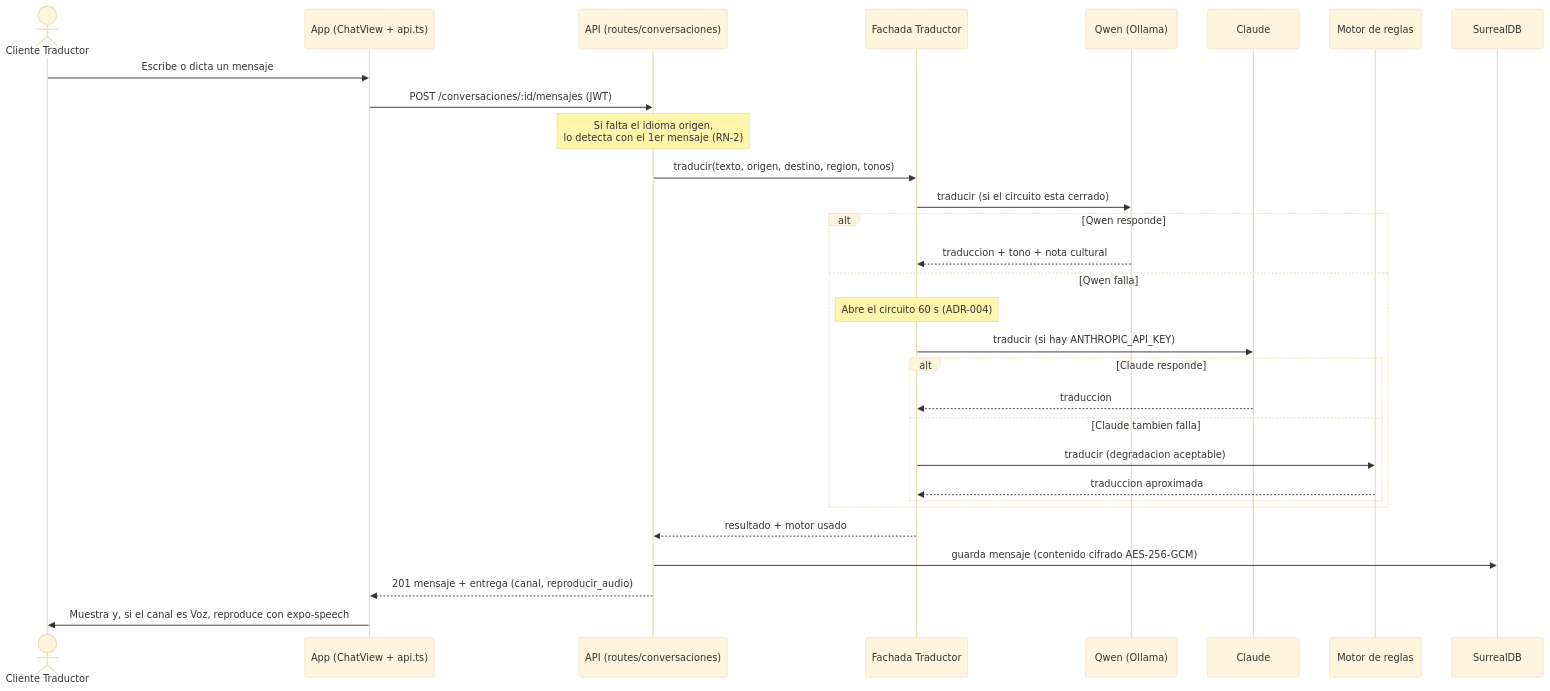
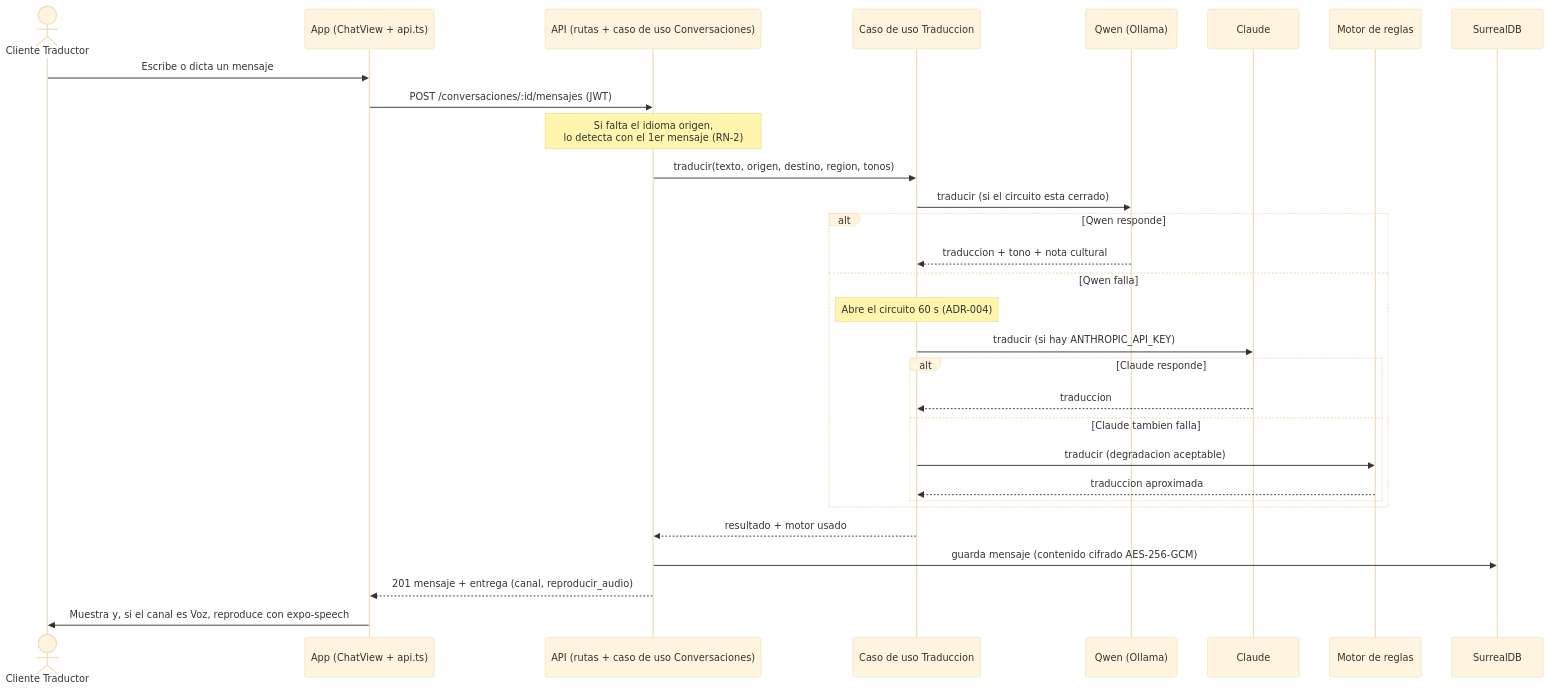
The third of 4 diagrams in arquitectura/arquitectura.md (Dafatalk/talklate), drawn with Mermaid (base theme) before and after one commit. The commit also changed other lines of this file and 64 other files, not shown here.

````diff
--- a/arquitectura/arquitectura.md
+++ b/arquitectura/arquitectura.md
@@ -189,33 +210,33 @@
 ```mermaid
 sequenceDiagram
     actor U as Cliente Traductor
     participant A as App (ChatView + api.ts)
-    participant API as API (routes/conversaciones)
-    participant F as Fachada Traductor
+    participant API as API (rutas + caso de uso Conversaciones)
+    participant F as Caso de uso Traduccion
     participant Q as Qwen (Ollama)
     participant CL as Claude
     participant R as Motor de reglas
     participant DB as SurrealDB
 
     U->>A: Escribe o dicta un mensaje
     A->>API: POST /conversaciones/:id/mensajes (JWT)
     Note over API: Si falta el idioma origen,<br/>lo detecta con el 1er mensaje (RN-2)
     API->>F: traducir(texto, origen, destino, region, tonos)
     F->>Q: traducir (si el circuito esta cerrado)
     alt Qwen responde
         Q-->>F: traduccion + tono + nota cultural
     else Qwen falla
         Note over F: Abre el circuito 60 s (ADR-004)
         F->>CL: traducir (si hay ANTHROPIC_API_KEY)
         alt Claude responde
             CL-->>F: traduccion
         else Claude tambien falla
             F->>R: traducir (degradacion aceptable)
             R-->>F: traduccion aproximada
         end
     end
     F-->>API: resultado + motor usado
     API->>DB: guarda mensaje (contenido cifrado AES-256-GCM)
     API-->>A: 201 mensaje + entrega (canal, reproducir_audio)
     A->>U: Muestra y, si el canal es Voz, reproduce con expo-speech
 ```
````
